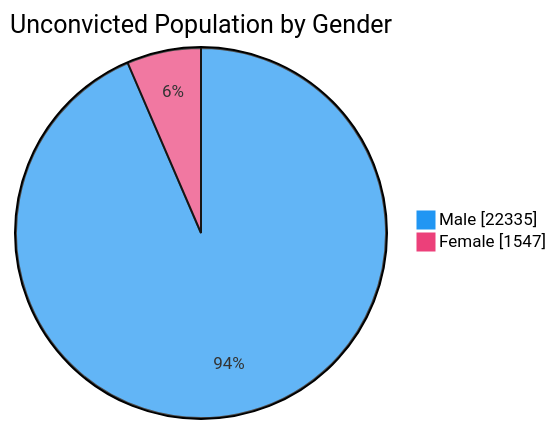
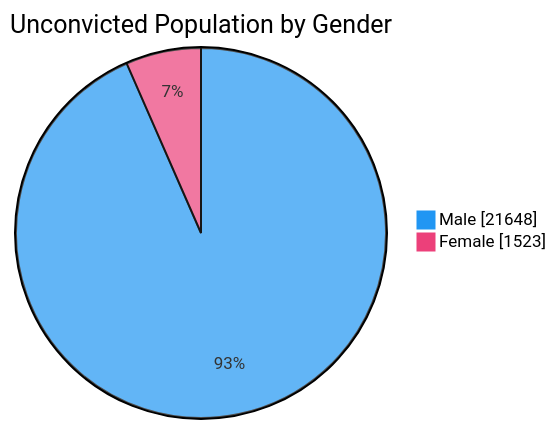
The fourth of 7 diagrams in README.md (nuuuwan/lk_prisons), drawn with Mermaid before and after one commit. The commit also changed other lines of this file and 1 other file, not shown here.

````diff
--- a/README.md
+++ b/README.md
@@ -76,6 +76,6 @@
 ```mermaid
 %%{init: {'themeVariables': {'pie1': '#2196F3', 'pie2': '#EC407A'}}}%%
 pie showData title Unconvicted Population by Gender
-    "Male" : 22335
-    "Female" : 1547
+    "Male" : 21648
+    "Female" : 1523
 ```
````
